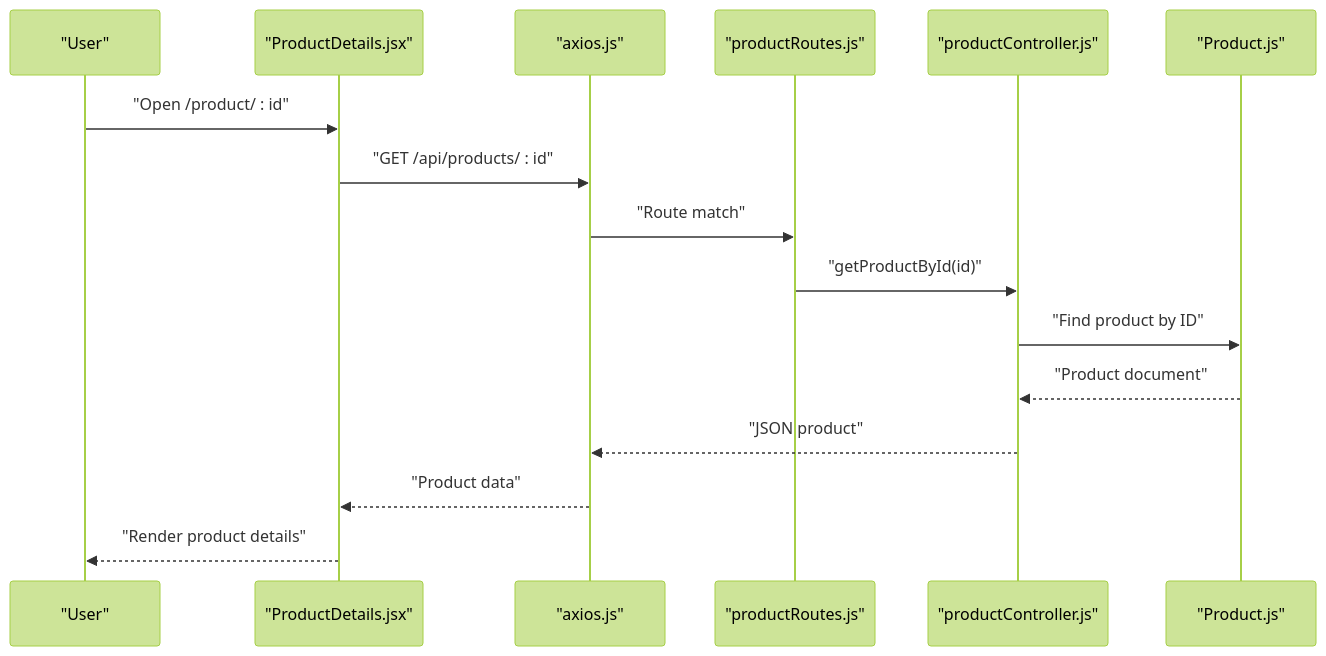
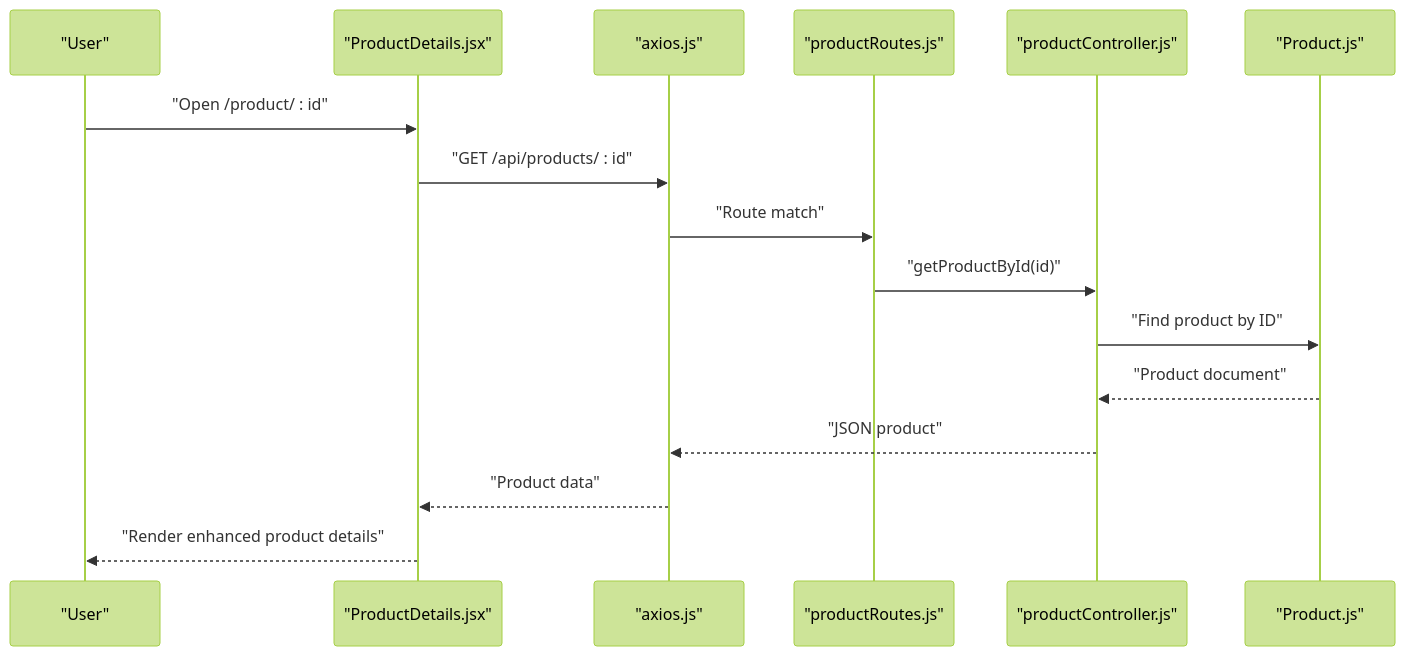
The second of 5 diagrams in .qoder/repowiki/en/content/Shopping Experience/Product Details & Selection.md (Pavan-PSPK9032/TrendsandToss), drawn with Mermaid (forest theme) before and after one commit. The commit also changed other lines of this file and 16 other files, not shown here.

````diff
--- a/.qoder/repowiki/en/content/Shopping Experience/Product Details & Selection.md
+++ b/.qoder/repowiki/en/content/Shopping Experience/Product Details & Selection.md
@@ -124,18 +141,18 @@
 ```mermaid
 sequenceDiagram
 participant U as "User"
 participant PD as "ProductDetails.jsx"
 participant AX as "axios.js"
 participant PR as "productRoutes.js"
 participant PC as "productController.js"
 participant PM as "Product.js"
 U->>PD : "Open /product/ : id"
 PD->>AX : "GET /api/products/ : id"
 AX->>PR : "Route match"
 PR->>PC : "getProductById(id)"
 PC->>PM : "Find product by ID"
 PM-->>PC : "Product document"
 PC-->>AX : "JSON product"
 AX-->>PD : "Product data"
-PD-->>U : "Render product details"
+PD-->>U : "Render enhanced product details"
 ```
````
